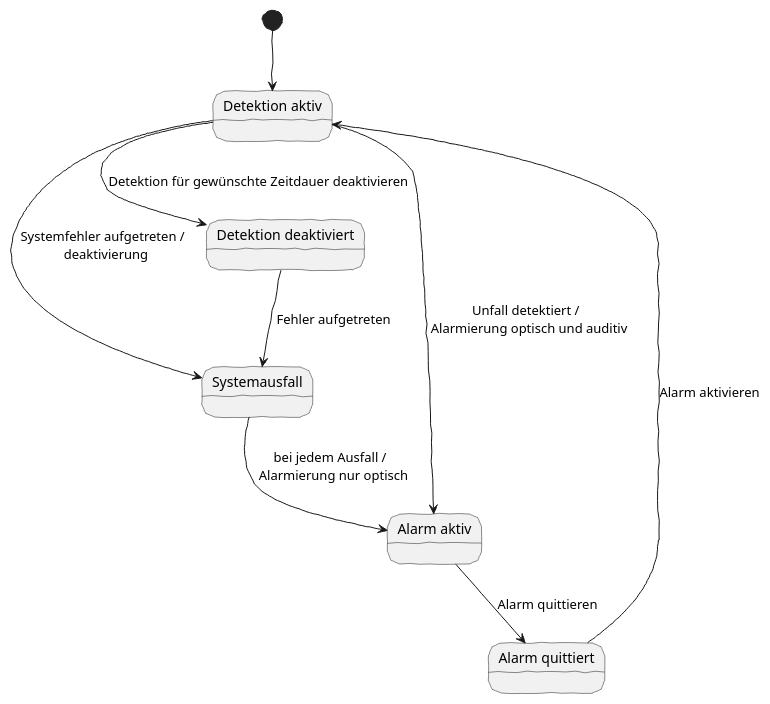
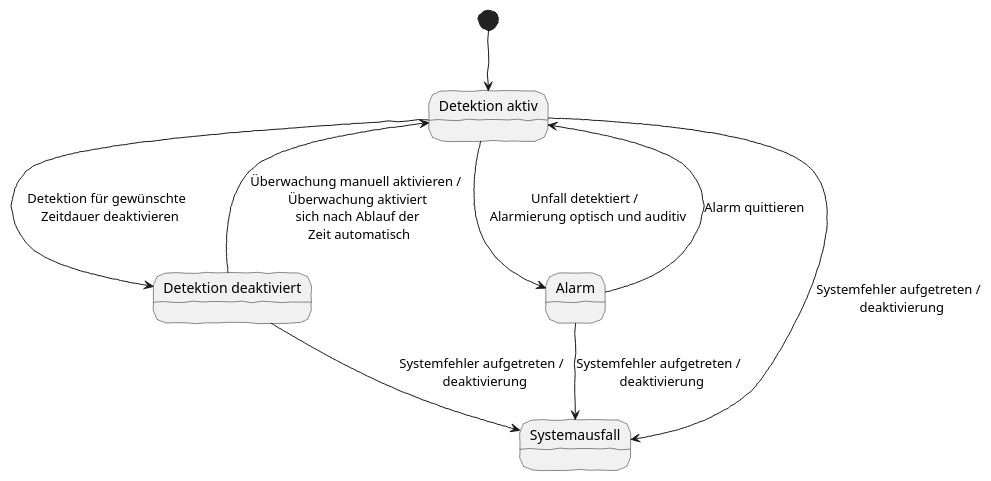
One commit to KonstantinFrank01/safer-pool-docs changed the second of 3 diagrams in asciidocs/entwurf.adoc. Above: the diagram before and after it, drawn with PlantUML.

Commit message:
update state diagram

```diff
--- a/asciidocs/entwurf.adoc
+++ b/asciidocs/entwurf.adoc
@@ -57,23 +57,20 @@
 [plantuml]
 ----
 @startuml
 
 skinparam handwritten true
 
 [*] --> DetektionAktiv
 state "Detektion aktiv" as DetektionAktiv
 state "Detektion deaktiviert" as DetektionDeaktiv
-state "Alarm aktiv" as AlarmAktiv
-state "Alarm quittiert" as AlarmDeaktiv
+state "Alarm" as Alarm
 
-DetektionAktiv --> DetektionDeaktiv : Detektion für gewünschte Zeitdauer deaktivieren
-
-
+DetektionAktiv --> DetektionDeaktiv : Detektion für gewünschte \n Zeitdauer deaktivieren
+DetektionDeaktiv --> DetektionAktiv : Überwachung manuell aktivieren / \n Überwachung aktiviert \n sich nach Ablauf der \n Zeit automatisch
+DetektionAktiv --> Alarm : Unfall detektiert / \n Alarmierung optisch und auditiv
+Alarm --> DetektionAktiv : Alarm quittieren
 DetektionAktiv --> Systemausfall : Systemfehler aufgetreten / \n deaktivierung
-DetektionDeaktiv --> Systemausfall : Fehler aufgetreten
-DetektionAktiv --> AlarmAktiv : Unfall detektiert / \n Alarmierung optisch und auditiv
-Systemausfall --> AlarmAktiv : bei jedem Ausfall / \n Alarmierung nur optisch
-AlarmAktiv --> AlarmDeaktiv : Alarm quittieren
-AlarmDeaktiv --> DetektionAktiv : Alarm aktivieren
+DetektionDeaktiv --> Systemausfall : Systemfehler aufgetreten / \n deaktivierung
+Alarm --> Systemausfall : Systemfehler aufgetreten / \n deaktivierung
 @enduml
 ----
```
